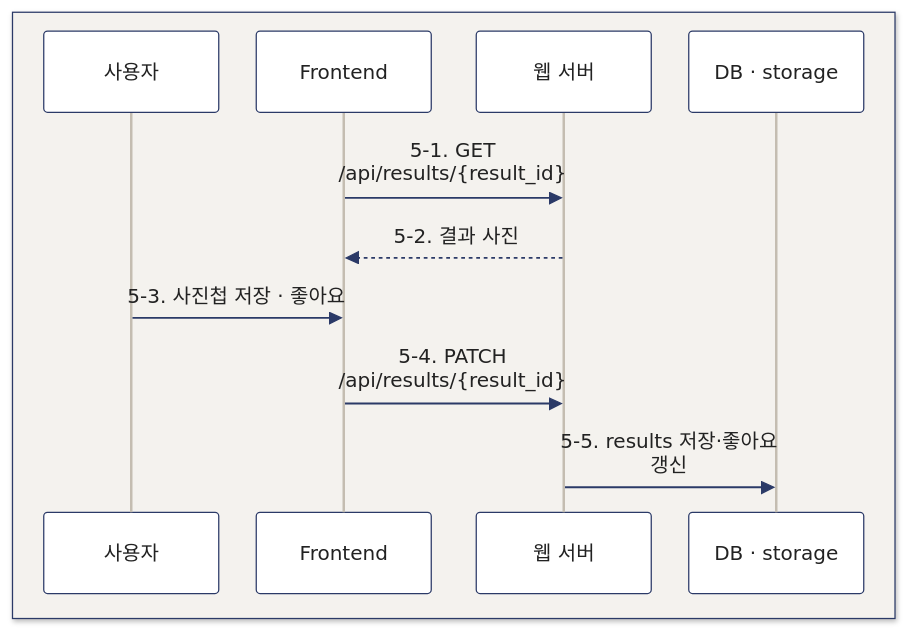
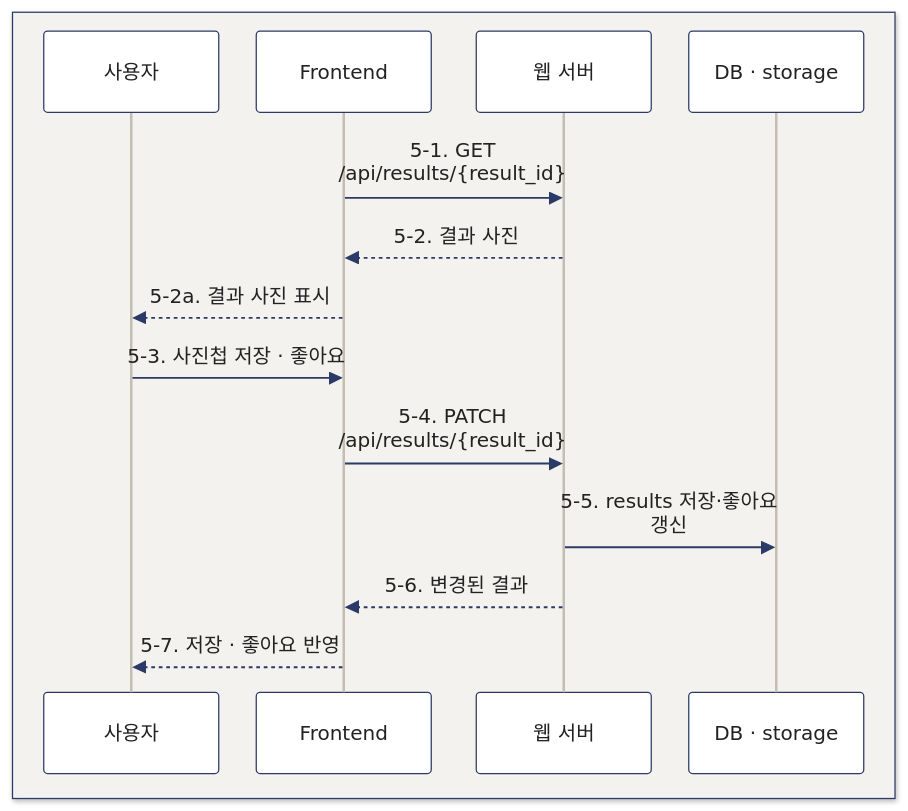
Before and after one commit to Jenny5789/CGI_MOA: the sixth of 6 diagrams in README.md, drawn with Mermaid. The commit also changed other lines of this file, not shown here.

First line of the commit message:
docs: README 접기 정리와 시퀀스 다이어그램 보완

````diff
--- a/README.md
+++ b/README.md
@@ -297,15 +306,18 @@
 ```mermaid
 %%{init: {'theme':'base','themeVariables':{'fontSize':'18px','primaryColor':'#ffffff','primaryBorderColor':'#2b3a67','primaryTextColor':'#222222','textColor':'#222222','lineColor':'#2b3a67','mainBkg':'#ffffff','nodeBorder':'#2b3a67','secondaryColor':'#f4f2ee','tertiaryColor':'#f4f2ee','edgeLabelBackground':'#f4f2ee','actorBkg':'#ffffff','actorBorder':'#2b3a67','actorTextColor':'#222222','actorLineColor':'#c4bdb1','signalColor':'#2b3a67','signalTextColor':'#222222','labelBoxBkgColor':'#ffffff','labelBoxBorderColor':'#2b3a67','labelTextColor':'#222222','loopTextColor':'#222222','noteBkgColor':'#ffffff','noteBorderColor':'#2b3a67','noteTextColor':'#222222'},'sequence':{'actorMargin':30,'width':140,'wrap':true}}}%%
 sequenceDiagram
     box rgb(244,242,238)
         participant U as 사용자
         participant F as Frontend
         participant B as 웹 서버
         participant S as DB · storage
     end
     F->>B: 5-1. GET /api/results/{result_id}
     B-->>F: 5-2. 결과 사진
+    F-->>U: 5-2a. 결과 사진 표시
     U->>F: 5-3. 사진첩 저장 · 좋아요
     F->>B: 5-4. PATCH /api/results/{result_id}
     B->>S: 5-5. results 저장·좋아요 갱신
+    B-->>F: 5-6. 변경된 결과
+    F-->>U: 5-7. 저장 · 좋아요 반영
 ```
````
